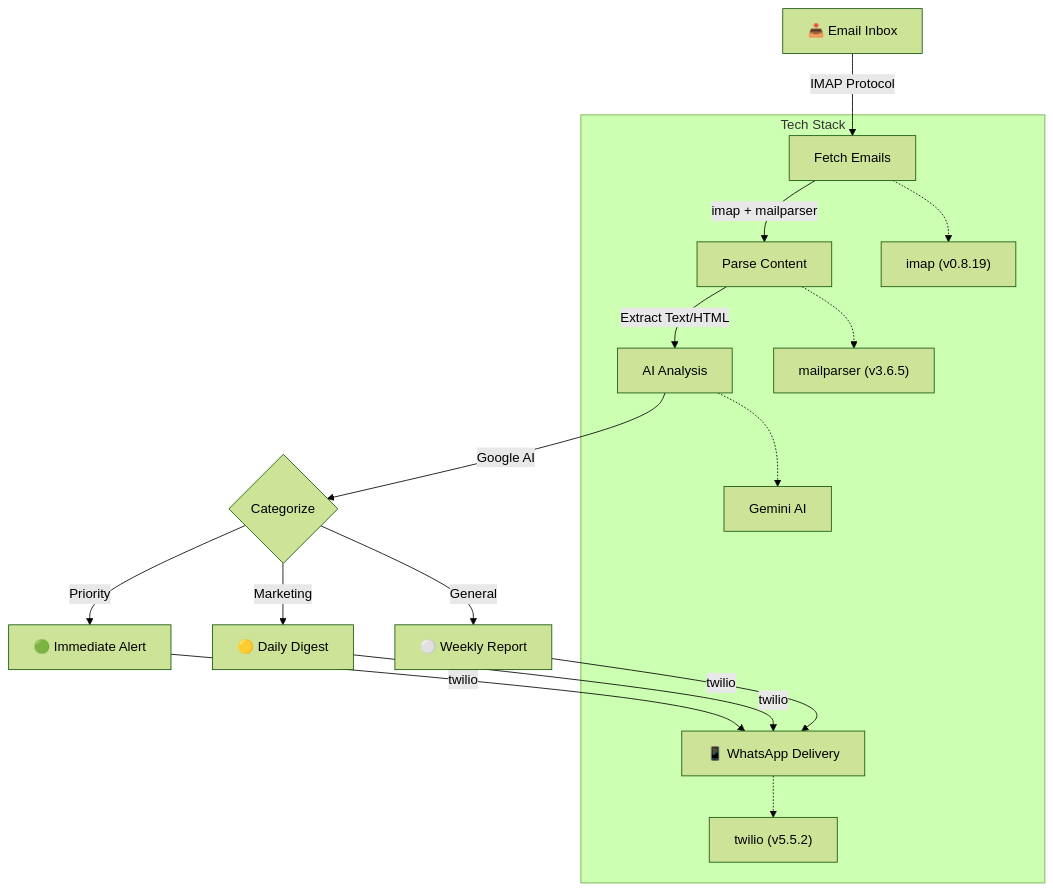
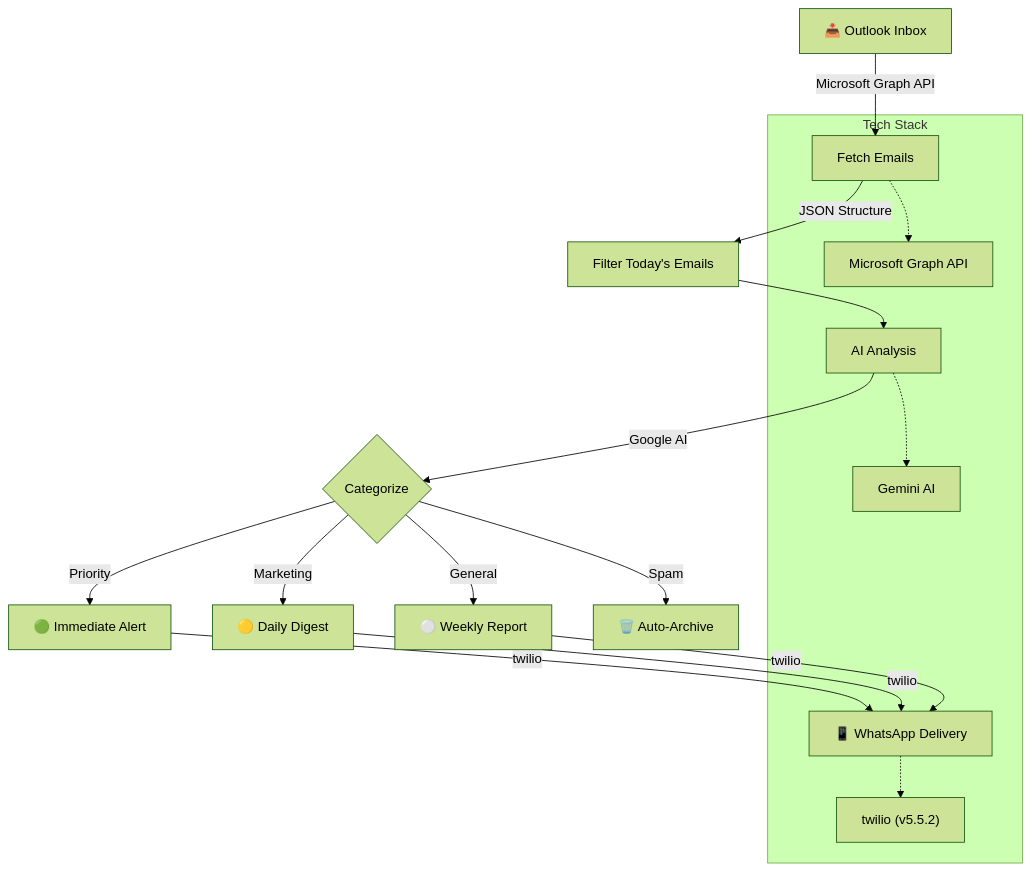
The diagram in README.md (easlam10/ai-email-bot), drawn with Mermaid (forest theme) before and after one commit. The commit also changed other lines of this file, not shown here.

````diff
--- a/README.md
+++ b/README.md
@@ -3,18 +3,18 @@
 ```mermaid
 flowchart TD
-    A[📥 Email Inbox] -->|IMAP Protocol| B[Fetch Emails]
-    B -->|imap + mailparser| C[Parse Content]
-    C -->|Extract Text/HTML| D[AI Analysis]
+    A[📥 Outlook Inbox] -->|Microsoft Graph API| B[Fetch Emails]
+    B -->|JSON Structure| C[Filter Today's Emails]
+    C --> D[AI Analysis]
     D -->|Google AI| E{Categorize}
     E -->|Priority| F[🟢 Immediate Alert]
     E -->|Marketing| G[🟡 Daily Digest]
     E -->|General| H[⚪ Weekly Report]
-    F & G & H -->|twilio| I[📱 WhatsApp Delivery]
+    E -->|Spam| I[🗑️ Auto-Archive]
+    F & G & H -->|twilio| J[📱 WhatsApp Delivery]
     
     subgraph Tech Stack
-        B -.-> X1["imap (v0.8.19)"]
-        C -.-> X2["mailparser (v3.6.5)"]
-        D -.-> X3["Gemini AI"]
-        I -.-> X4["twilio (v5.5.2)"]
+        B -.-> X1["Microsoft Graph API"]
+        D -.-> X2["Gemini AI"]
+        J -.-> X3["twilio (v5.5.2)"]
     end
 ```
````
